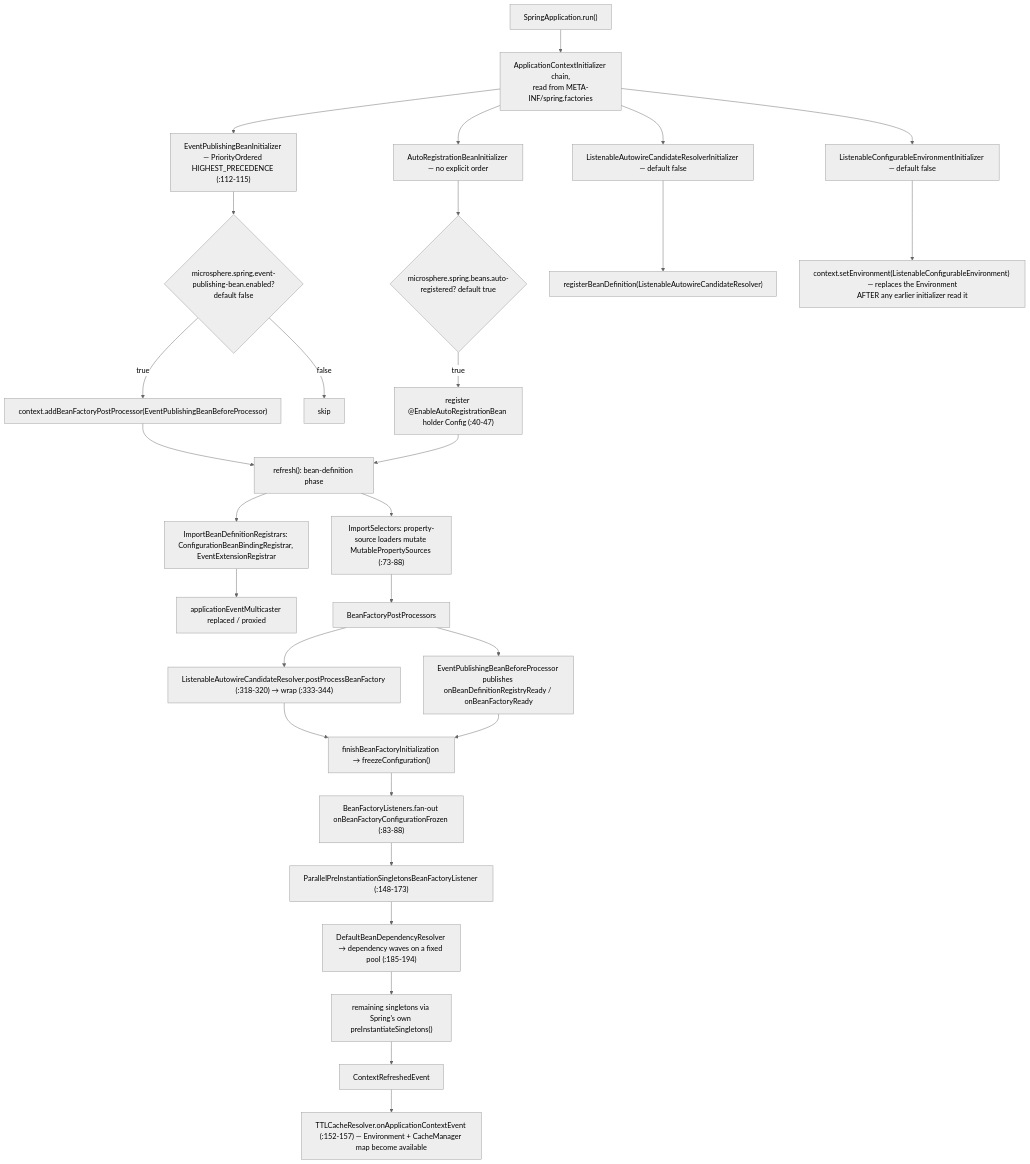
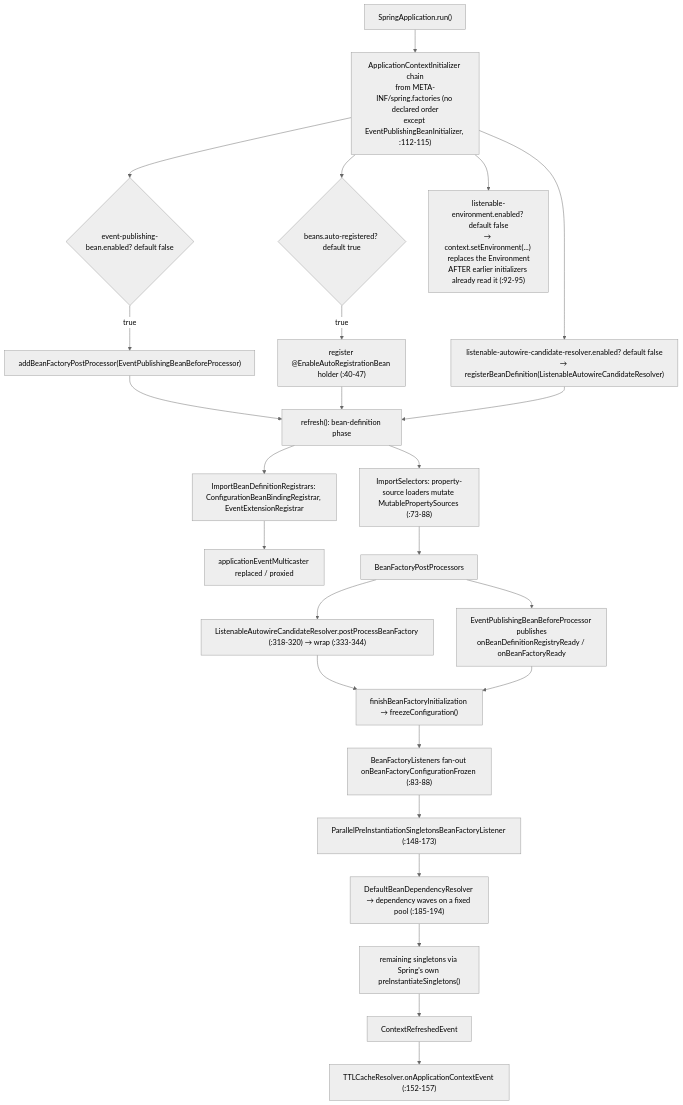
The third of 3 diagrams in docs/developer-guide/1.x/context.md (microsphere-projects/microsphere-spring), drawn with Mermaid (neutral theme) before and after one commit. The commit also changed other lines of this file and 55 other files, not shown here.

````diff
--- a/docs/developer-guide/1.x/context.md
+++ b/docs/developer-guide/1.x/context.md
@@ -472,31 +188,27 @@
 ```mermaid
 flowchart TD
-    A["SpringApplication.run()"] --> B["ApplicationContextInitializer chain,<br/>read from META-INF/spring.factories"]
-    B --> C["EventPublishingBeanInitializer — PriorityOrdered HIGHEST_PRECEDENCE (:112-115)"]
-    C --> C1{"microsphere.spring.event-publishing-bean.enabled?<br/>default false"}
-    C1 -- true --> C2["context.addBeanFactoryPostProcessor(EventPublishingBeanBeforeProcessor)"]
-    C1 -- false --> C3["skip"]
-    B --> D["AutoRegistrationBeanInitializer — no explicit order"]
-    D --> D1{"microsphere.spring.beans.auto-registered? default true"}
-    D1 -- true --> D2["register @EnableAutoRegistrationBean holder Config (:40-47)"]
-    B --> E["ListenableAutowireCandidateResolverInitializer — default false"]
-    E --> E1["registerBeanDefinition(ListenableAutowireCandidateResolver)"]
-    B --> F["ListenableConfigurableEnvironmentInitializer — default false"]
-    F --> F1["context.setEnvironment(ListenableConfigurableEnvironment) — replaces the Environment<br/>AFTER any earlier initializer read it"]
+    A["SpringApplication.run()"] --> B["ApplicationContextInitializer chain<br/>from META-INF/spring.factories (no declared order<br/>except EventPublishingBeanInitializer, :112-115)"]
+    B --> C{"event-publishing-bean.enabled? default false"}
+    C -- true --> C2["addBeanFactoryPostProcessor(EventPublishingBeanBeforeProcessor)"]
+    B --> D{"beans.auto-registered? default true"}
+    D -- true --> D2["register @EnableAutoRegistrationBean holder (:40-47)"]
+    B --> E["listenable-autowire-candidate-resolver.enabled? default false<br/>→ registerBeanDefinition(ListenableAutowireCandidateResolver)"]
+    B --> F["listenable-environment.enabled? default false<br/>→ context.setEnvironment(...) replaces the Environment<br/>AFTER earlier initializers already read it (:92-95)"]
     C2 --> G["refresh(): bean-definition phase"]
     D2 --> G
+    E --> G
     G --> H["ImportSelectors: property-source loaders mutate MutablePropertySources (:73-88)"]
     G --> I["ImportBeanDefinitionRegistrars: ConfigurationBeanBindingRegistrar, EventExtensionRegistrar"]
     I --> I1["applicationEventMulticaster replaced / proxied"]
     H --> J["BeanFactoryPostProcessors"]
     J --> K["ListenableAutowireCandidateResolver.postProcessBeanFactory (:318-320) → wrap (:333-344)"]
-    J --> L["EventPublishingBeanBeforeProcessor publishes onBeanDefinitionRegistryReady / onBeanFactoryReady"]
+    J --> L["EventPublishingBeanBeforeProcessor publishes<br/>onBeanDefinitionRegistryReady / onBeanFactoryReady"]
     K --> M["finishBeanFactoryInitialization → freezeConfiguration()"]
     L --> M
-    M --> N["BeanFactoryListeners.fan-out onBeanFactoryConfigurationFrozen (:83-88)"]
+    M --> N["BeanFactoryListeners fan-out onBeanFactoryConfigurationFrozen (:83-88)"]
     N --> O["ParallelPreInstantiationSingletonsBeanFactoryListener (:148-173)"]
     O --> P["DefaultBeanDependencyResolver → dependency waves on a fixed pool (:185-194)"]
     P --> Q["remaining singletons via Spring's own preInstantiateSingletons()"]
     Q --> R["ContextRefreshedEvent"]
-    R --> S["TTLCacheResolver.onApplicationContextEvent (:152-157) — Environment + CacheManager map become available"]
+    R --> S["TTLCacheResolver.onApplicationContextEvent (:152-157)"]
 ```
````
